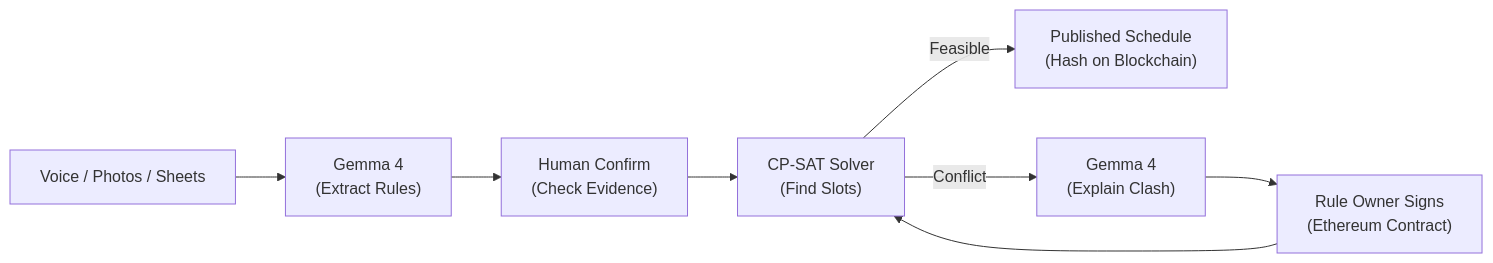
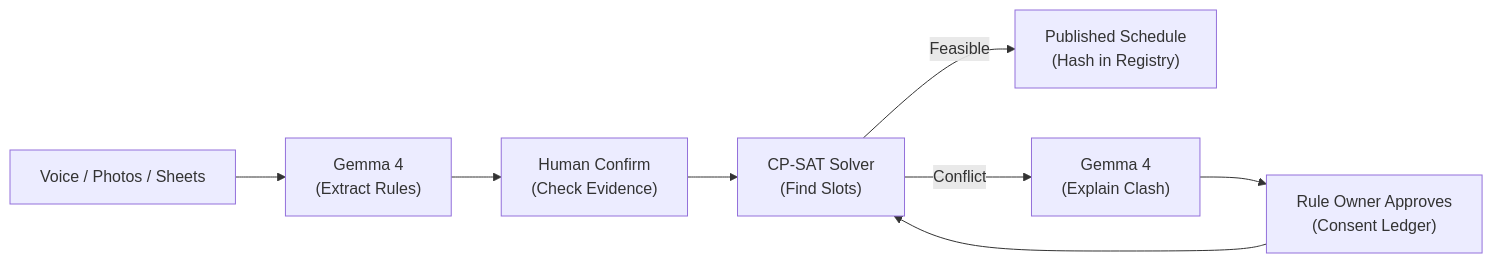
Before and after one commit to ANUJ760/PhishTank: the first of 5 diagrams in README.md, drawn with Mermaid. The commit also changed other lines of this file and 28 other files, not shown here.

````diff
--- a/README.md
+++ b/README.md
@@ -47,10 +47,10 @@
 ```mermaid
 flowchart LR
     A["Voice / Photos / Sheets"] --> B["Gemma 4\n(Extract Rules)"]
     B --> C["Human Confirm\n(Check Evidence)"]
     C --> D["CP-SAT Solver\n(Find Slots)"]
-    D -->|"Feasible"| E["Published Schedule\n(Hash on Blockchain)"]
+    D -->|"Feasible"| E["Published Schedule\n(Hash in Registry)"]
     D -->|"Conflict"| F["Gemma 4\n(Explain Clash)"]
-    F --> G["Rule Owner Signs\n(Ethereum Contract)"]
+    F --> G["Rule Owner Approves\n(Consent Ledger)"]
     G --> D
 ```
````
